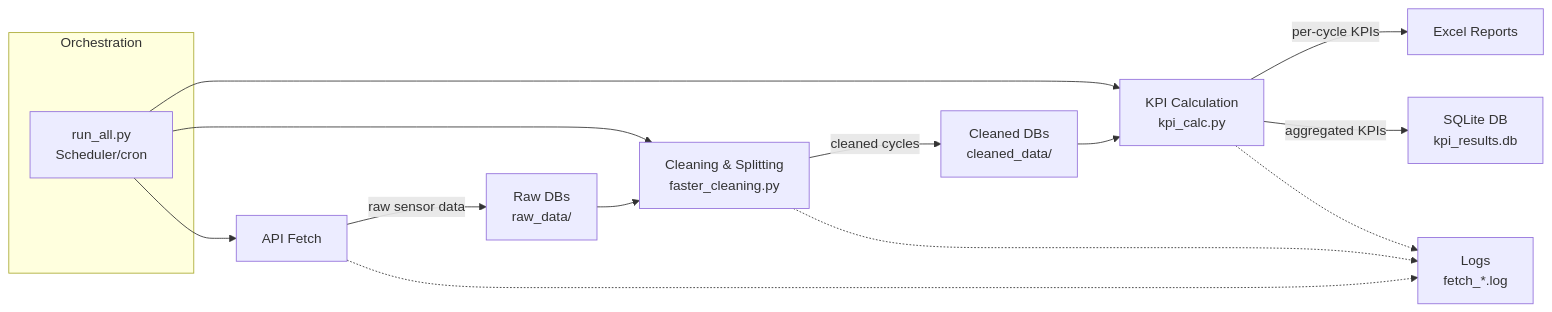
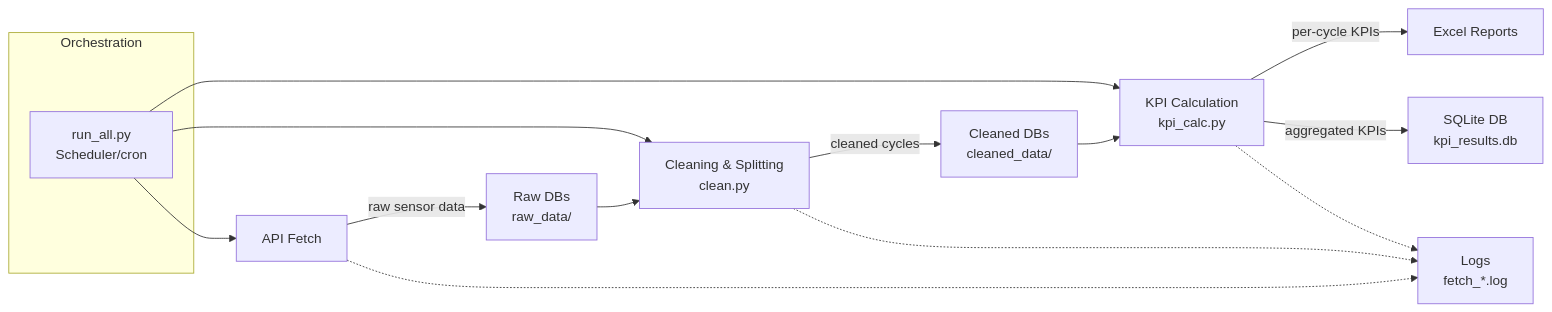
The diagram in README.md (daniel-lee-wilkinson/extended_co2_sensor_kpi_pipeline), drawn with Mermaid before and after one commit. The commit also changed other lines of this file, not shown here.

````diff
--- a/README.md
+++ b/README.md
@@ -100,18 +102,18 @@
 ```mermaid
 flowchart LR
     A[API Fetch] -->|raw sensor data| B[Raw DBs<br/>raw_data/]
-    B --> C[Cleaning & Splitting<br/>faster_cleaning.py]
+    B --> C[Cleaning & Splitting<br/>clean.py]
     C -->|cleaned cycles| D[Cleaned DBs<br/>cleaned_data/]
     D --> E[KPI Calculation<br/>kpi_calc.py]
     E -->|per-cycle KPIs| F[Excel Reports]
     E -->|aggregated KPIs| G[SQLite DB<br/>kpi_results.db]
     A -.-> H[Logs<br/>fetch_*.log]
     C -.-> H
     E -.-> H
     subgraph Orchestration
         I[run_all.py<br/>Scheduler/cron]
     end
     I --> A
     I --> C
     I --> E
 ```
````
